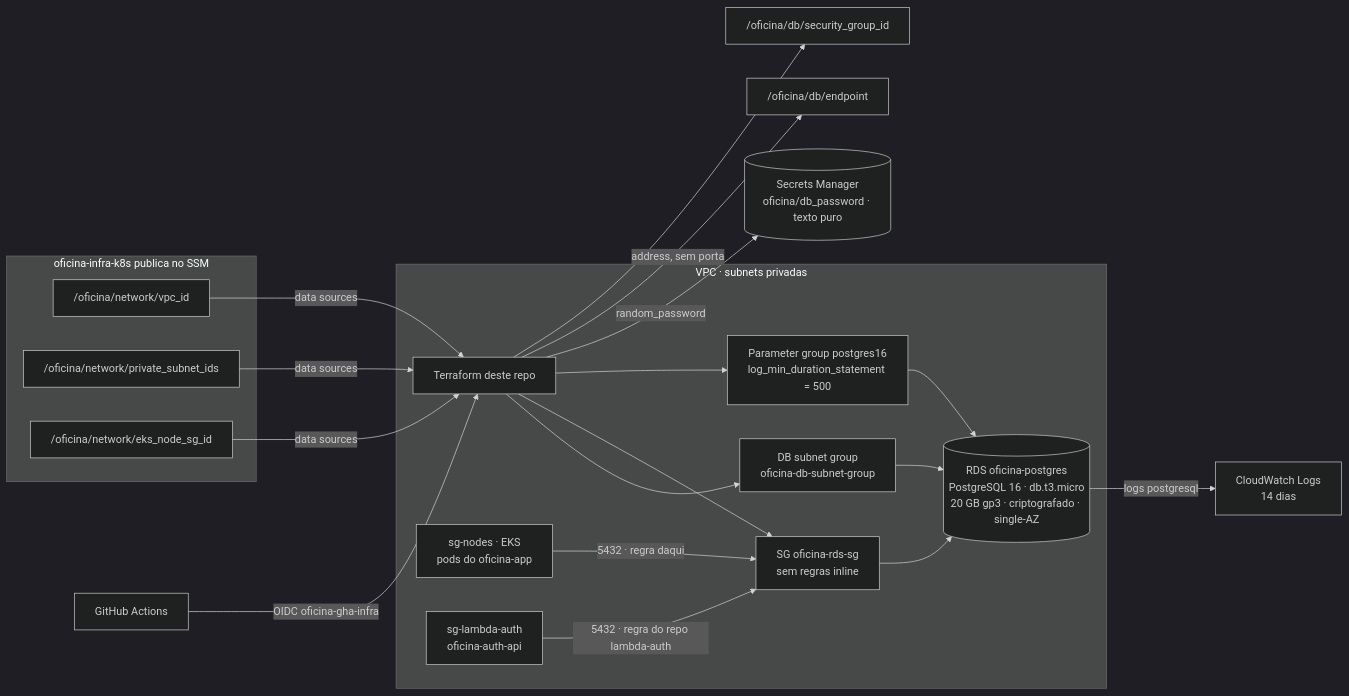
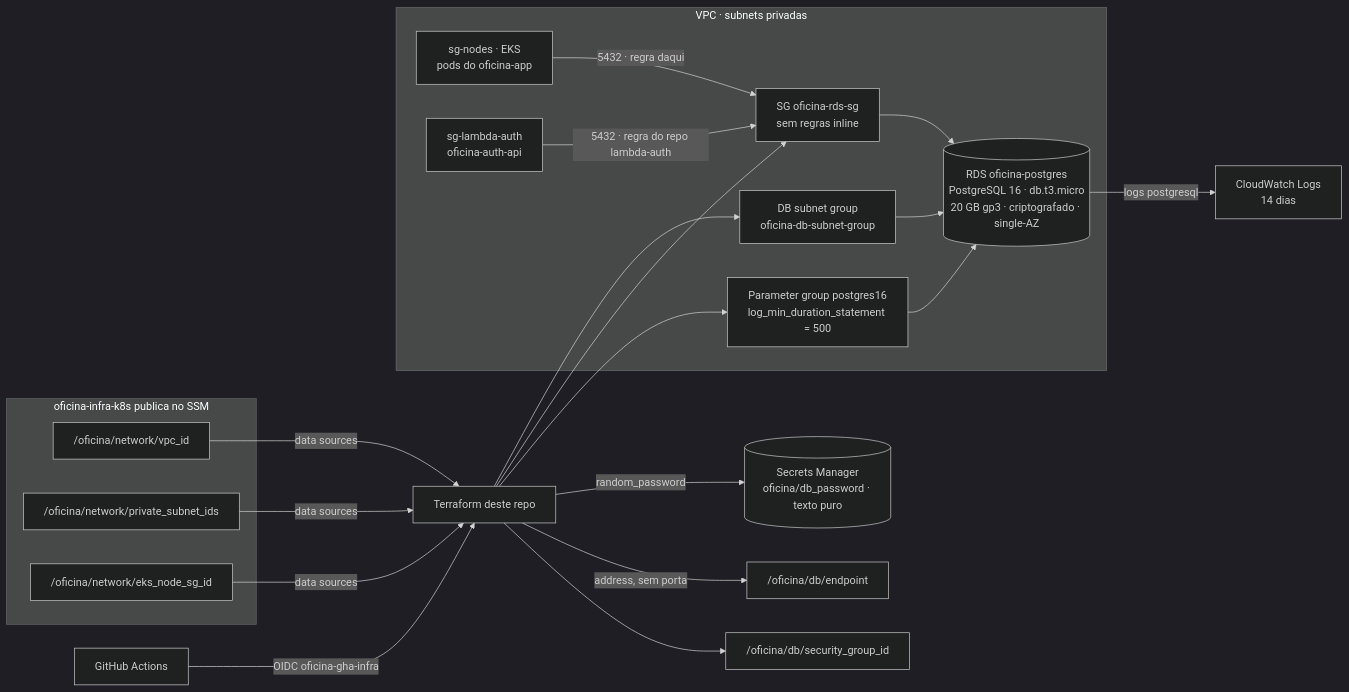
One commit to lcr-thiago-fernandes/oficina-infra-db changed the diagram in README.md. Above: the diagram before and after it, drawn with Mermaid (dark theme). The commit also changed other lines of this file and 3 other files, not shown here.

Commit message:
fix: correcoes da revisao final — create_before_destroy no parameter group, description com var.project, janela do checar_default, Terraform fora da VPC no diagrama, aviso do psql ad-hoc

````diff
--- a/README.md
+++ b/README.md
@@ -24,22 +24,25 @@
 ```mermaid
 flowchart LR
     subgraph K8S["oficina-infra-k8s publica no SSM"]
         P1["/oficina/network/vpc_id"]
         P2["/oficina/network/private_subnet_ids"]
         P3["/oficina/network/eks_node_sg_id"]
     end
     P1 & P2 & P3 -->|data sources| TF["Terraform deste repo"]
     subgraph VPC["VPC · subnets privadas"]
-        TF --> SGRP["DB subnet group<br/>oficina-db-subnet-group"]
-        TF --> SG["SG oficina-rds-sg<br/>sem regras inline"]
-        TF --> PG["Parameter group postgres16<br/>log_min_duration_statement = 500"]
+        SGRP["DB subnet group<br/>oficina-db-subnet-group"]
+        SG["SG oficina-rds-sg<br/>sem regras inline"]
+        PG["Parameter group postgres16<br/>log_min_duration_statement = 500"]
         SGRP & SG & PG --> RDS[("RDS oficina-postgres<br/>PostgreSQL 16 · db.t3.micro<br/>20 GB gp3 · criptografado · single-AZ")]
         NODES["sg-nodes · EKS<br/>pods do oficina-app"] -->|"5432 · regra daqui"| SG
         LAMBDA["sg-lambda-auth<br/>oficina-auth-api"] -->|"5432 · regra do repo lambda-auth"| SG
     end
+    TF --> SGRP
+    TF --> SG
+    TF --> PG
     TF -->|random_password| SEC[("Secrets Manager<br/>oficina/db_password · texto puro")]
     TF -->|"address, sem porta"| S1["/oficina/db/endpoint"]
     TF --> S2["/oficina/db/security_group_id"]
     RDS -->|logs postgresql| CW["CloudWatch Logs<br/>14 dias"]
     GHA["GitHub Actions"] -->|"OIDC oficina-gha-infra"| TF
 ```
````
